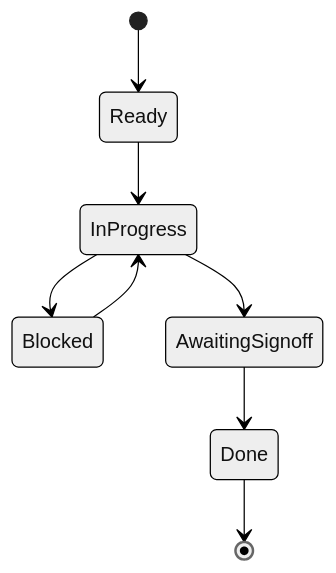
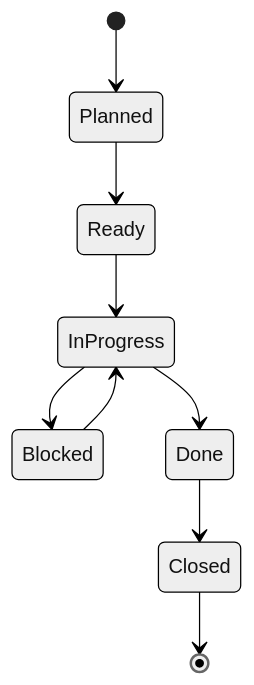
One commit to stevecopeza/pet4 changed the second of 3 diagrams in docs/01_overview/visuals/PET_Visual_06_Ticket_State_Machine.md. Above: the diagram before and after it, drawn with Mermaid (neutral theme). The commit also changed other lines of this file and 355 other files, not shown here.

````diff
--- a/docs/01_overview/visuals/PET_Visual_06_Ticket_State_Machine.md
+++ b/docs/01_overview/visuals/PET_Visual_06_Ticket_State_Machine.md
@@ -3,10 +17,11 @@
 ```mermaid
 stateDiagram-v2
-    [*] --> Ready
+    [*] --> Planned
+    Planned --> Ready
     Ready --> InProgress
     InProgress --> Blocked
     Blocked --> InProgress
-    InProgress --> AwaitingSignoff
-    AwaitingSignoff --> Done
-    Done --> [*]
+    InProgress --> Done
+    Done --> Closed
+    Closed --> [*]
 ```
````
